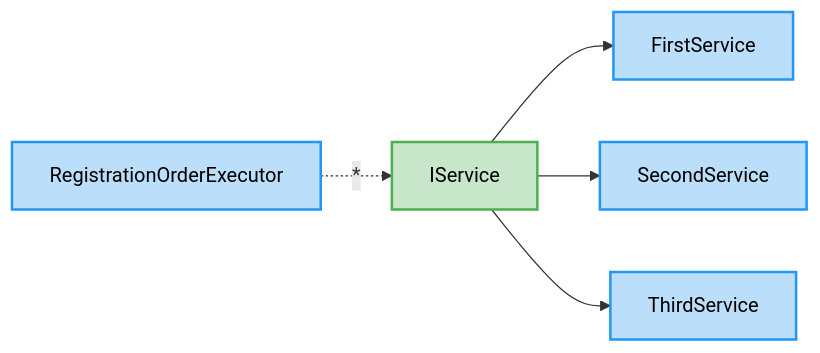
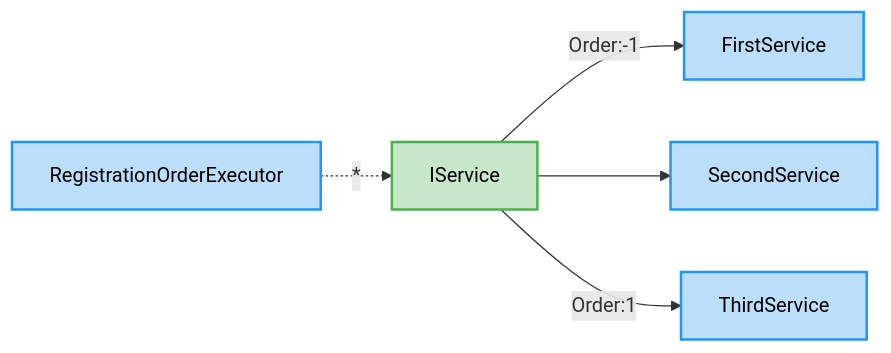
Before and after one commit to arika0093/Qudi: the diagram in examples/Qudi.Example.Readme/exported/RegistrationOrderExecutor.md, drawn with Mermaid. The commit also changed 6 other files, not shown here.

````diff
--- a/examples/Qudi.Example.Readme/exported/RegistrationOrderExecutor.md
+++ b/examples/Qudi.Example.Readme/exported/RegistrationOrderExecutor.md
@@ -1,20 +1,20 @@
 ```mermaid
 flowchart LR
     Qudi_Examples_RegistrationOrder_RegistrationOrderExecutor["RegistrationOrderExecutor"]
     Qudi_Examples_RegistrationOrder_IService["IService"]
     Qudi_Examples_RegistrationOrder_FirstService["FirstService"]
     Qudi_Examples_RegistrationOrder_SecondService["SecondService"]
     Qudi_Examples_RegistrationOrder_ThirdService["ThirdService"]
     Qudi_Examples_RegistrationOrder_RegistrationOrderExecutor -.->|"*"| Qudi_Examples_RegistrationOrder_IService
-    Qudi_Examples_RegistrationOrder_IService --> Qudi_Examples_RegistrationOrder_FirstService
+    Qudi_Examples_RegistrationOrder_IService -->|Order:-1| Qudi_Examples_RegistrationOrder_FirstService
     Qudi_Examples_RegistrationOrder_IService --> Qudi_Examples_RegistrationOrder_SecondService
-    Qudi_Examples_RegistrationOrder_IService --> Qudi_Examples_RegistrationOrder_ThirdService
+    Qudi_Examples_RegistrationOrder_IService -->|Order:1| Qudi_Examples_RegistrationOrder_ThirdService
     classDef interface fill:#c8e6c9,stroke:#4caf50,stroke-width:2px,color:#000;
     class Qudi_Examples_RegistrationOrder_IService interface;
     classDef cls fill:#bbdefb,stroke:#2196f3,stroke-width:2px,color:#000;
     class Qudi_Examples_RegistrationOrder_RegistrationOrderExecutor cls;
     class Qudi_Examples_RegistrationOrder_FirstService cls;
     class Qudi_Examples_RegistrationOrder_SecondService cls;
     class Qudi_Examples_RegistrationOrder_ThirdService cls;
 
 ```
````
